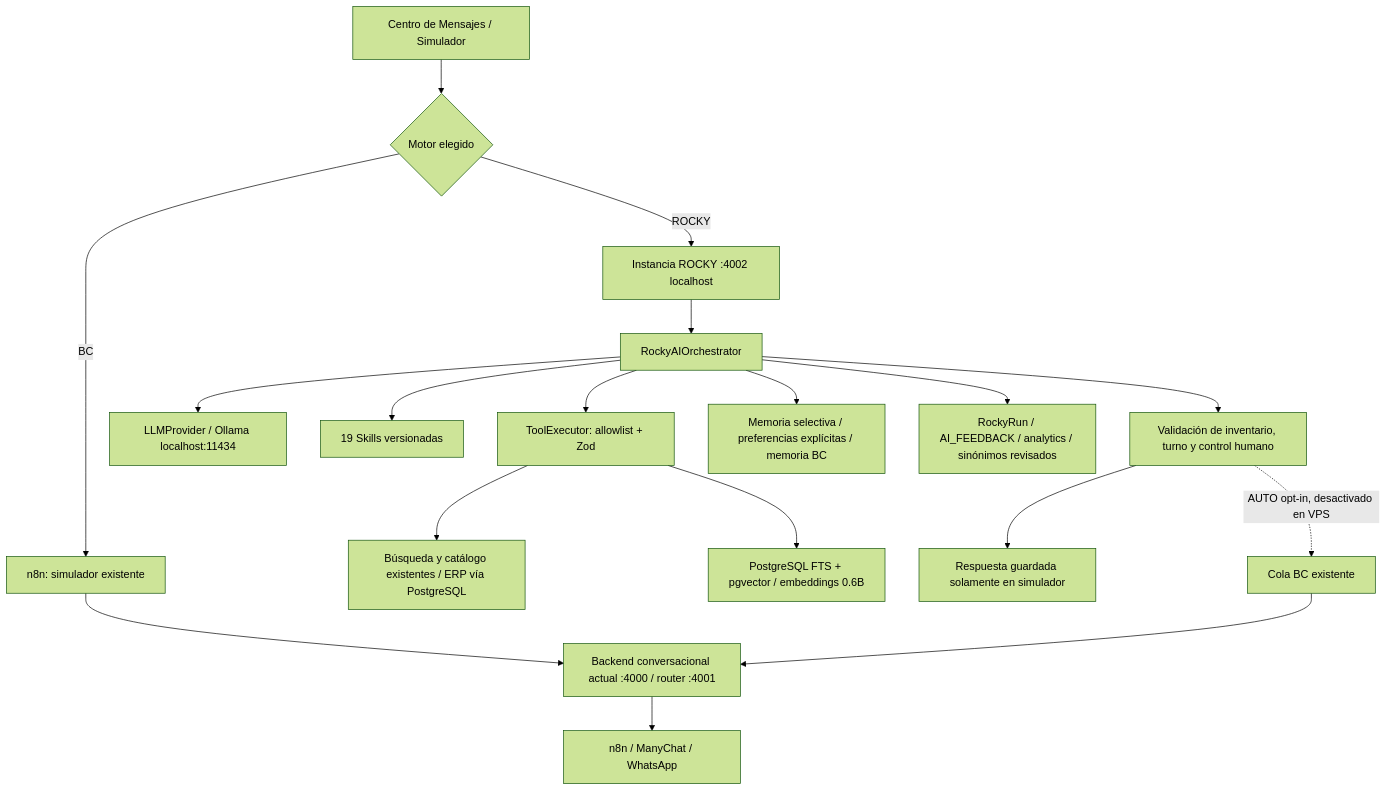
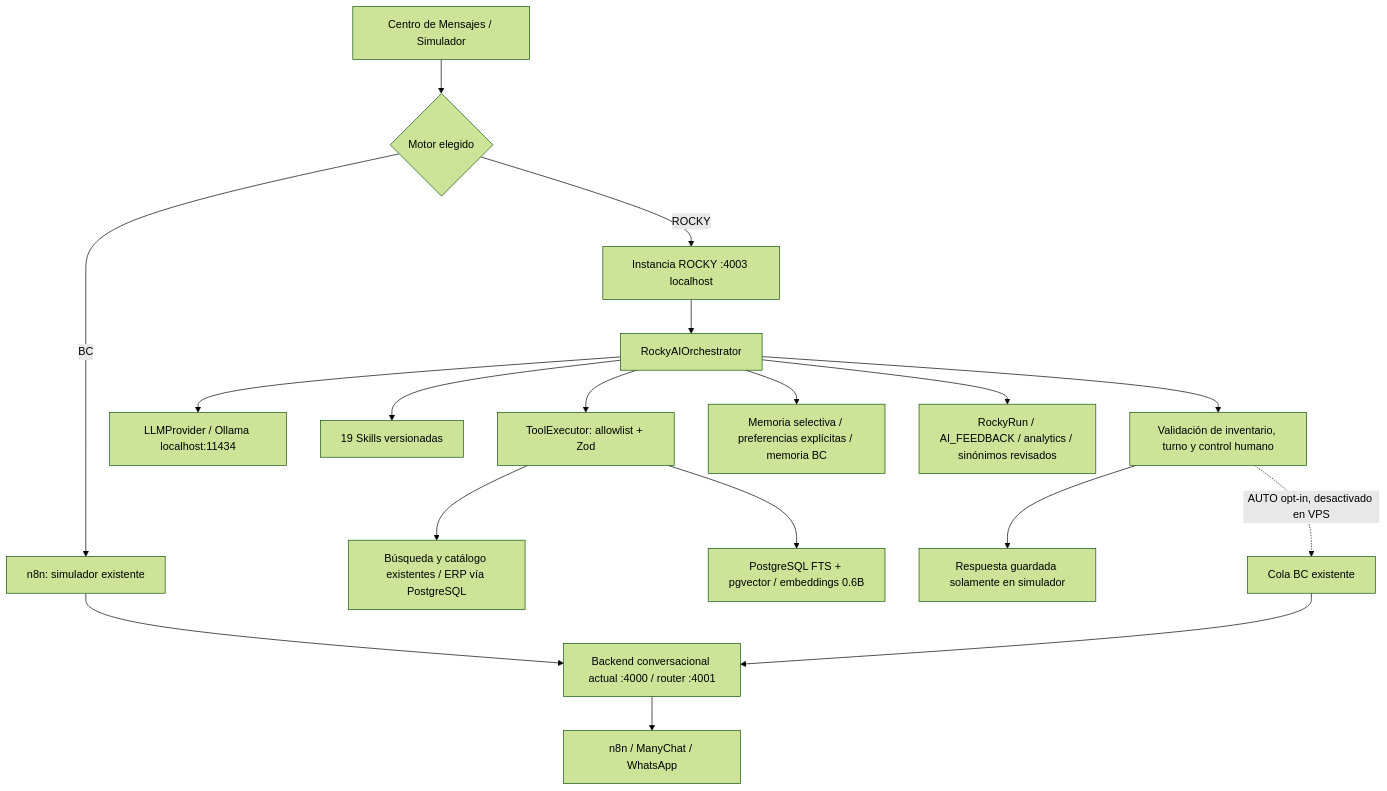
Before and after one commit to marcpd28-png/sistema-web-importadora-super: the diagram in docs/rocky/README.md, drawn with Mermaid (forest theme). The commit also changed other lines of this file and 19 other files, not shown here.

````diff
--- a/docs/rocky/README.md
+++ b/docs/rocky/README.md
@@ -15,20 +15,20 @@
 ```mermaid
 flowchart TD
   UI[Centro de Mensajes / Simulador] --> SELECT{Motor elegido}
   SELECT -->|BC| N8N[n8n: simulador existente]
   N8N --> BC[Backend conversacional actual :4000 / router :4001]
-  SELECT -->|ROCKY| API[Instancia ROCKY :4002 localhost]
+  SELECT -->|ROCKY| API[Instancia ROCKY :4003 localhost]
   API --> ORCH[RockyAIOrchestrator]
   ORCH --> PLAN[LLMProvider / Ollama localhost:11434]
   ORCH --> SK[19 Skills versionadas]
   ORCH --> TOOLS[ToolExecutor: allowlist + Zod]
   TOOLS --> CATALOG[Búsqueda y catálogo existentes / ERP vía PostgreSQL]
   TOOLS --> RAG[PostgreSQL FTS + pgvector / embeddings 0.6B]
   ORCH --> MEMORY[Memoria selectiva / preferencias explícitas / memoria BC]
   ORCH --> TRACE[RockyRun / AI_FEEDBACK / analytics / sinónimos revisados]
   ORCH --> GUARD[Validación de inventario, turno y control humano]
   GUARD --> SIM[Respuesta guardada solamente en simulador]
   GUARD -. AUTO opt-in, desactivado en VPS .-> OUTBOX[Cola BC existente]
   OUTBOX --> BC
   BC --> OUT[n8n / ManyChat / WhatsApp]
 ```
````
